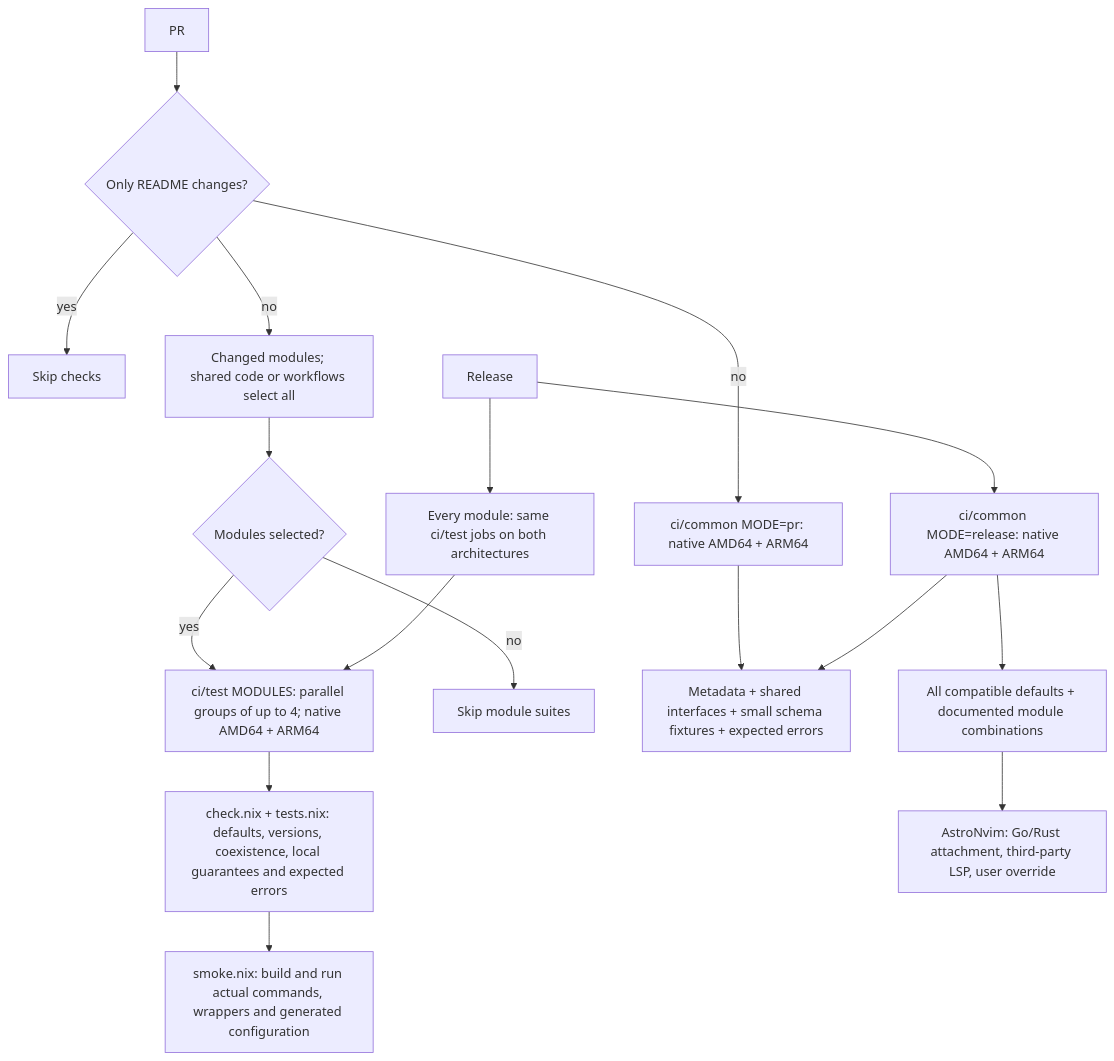
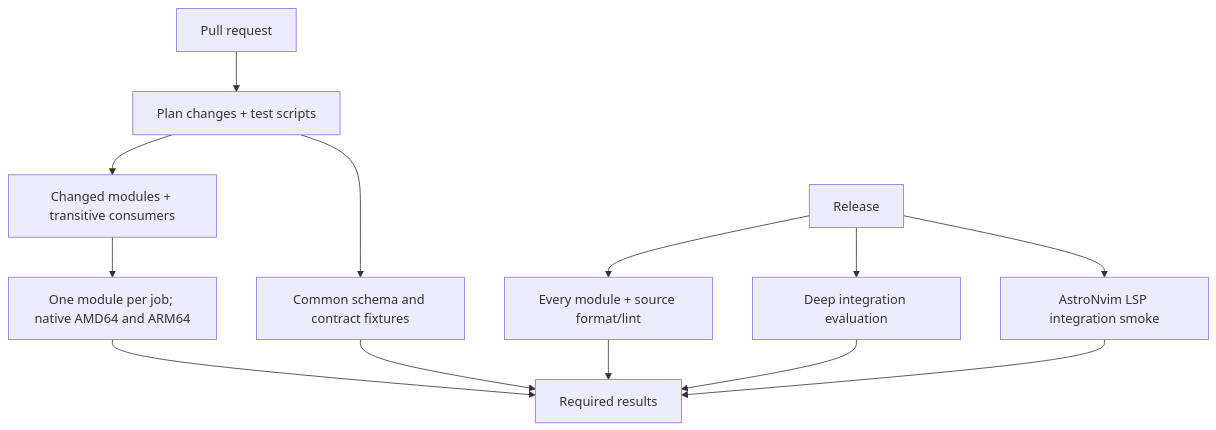
One commit to limanix/modules changed the diagram in README.md. Above: the diagram before and after it, drawn with Mermaid. The commit also changed other lines of this file and 197 other files, not shown here.

````diff
--- a/README.md
+++ b/README.md
@@ -93,19 +118,15 @@
 ```mermaid
-flowchart TD
-    pr["PR"] --> readme{"Only README changes?"}
-    readme -->|yes| skip["Skip checks"]
-    readme -->|no| changes["Changed modules; shared code or workflows select all"]
-    changes --> haveModules{"Modules selected?"}
-    haveModules -->|yes| selected["ci/test MODULES: parallel groups of up to 4; native AMD64 + ARM64"]
-    haveModules -->|no| noModules["Skip module suites"]
-    readme -->|no| fast["ci/common MODE=pr: native AMD64 + ARM64"]
-    release["Release"] --> all["Every module: same ci/test jobs on both architectures"]
-    all --> selected
-    release --> deep["ci/common MODE=release: native AMD64 + ARM64"]
-    selected --> evaluation["check.nix + tests.nix: defaults, versions, coexistence, local guarantees and expected errors"]
-    evaluation --> smoke["smoke.nix: build and run actual commands, wrappers and generated configuration"]
-    fast --> fixtures["Metadata + shared interfaces + small schema fixtures + expected errors"]
-    deep --> fixtures
-    deep --> integration["All compatible defaults + documented module combinations"]
-    integration --> lsp["AstroNvim: Go/Rust attachment, third-party LSP, user override"]
+flowchart TB
+    pr["Pull request"] --> plan["Plan changes + test scripts"]
+    plan --> selected["Changed modules + transitive consumers"]
+    selected --> suites["One module per job; native AMD64 and ARM64"]
+    plan --> common["Common schema and contract fixtures"]
+    suites --> gate["Required results"]
+    common --> gate
+    release["Release"] --> all["Every module + source format/lint"]
+    release --> eval["Deep integration evaluation"]
+    release --> runtime["AstroNvim LSP integration smoke"]
+    all --> gate
+    eval --> gate
+    runtime --> gate
 ```
````
